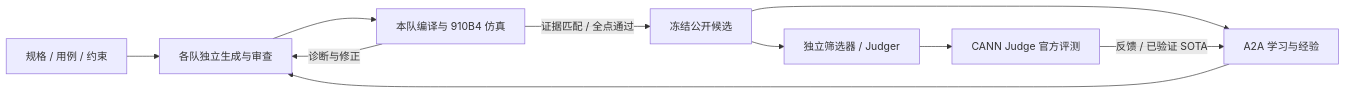
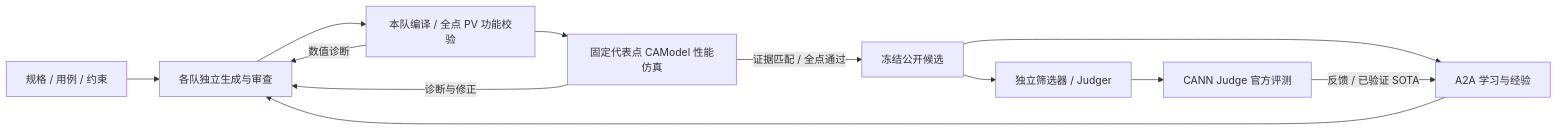
One commit to wuooo339/JustKernel changed the diagram in README.md. Above: the diagram before and after it, drawn with Mermaid. The commit also changed other lines of this file and 18 other files, not shown here.

````diff
--- a/README.md
+++ b/README.md
@@ -107,12 +107,14 @@
 ```mermaid
 flowchart LR
     S[规格 / 用例 / 约束] --> T[各队独立生成与审查]
-    T --> V[本队编译与 910B4 仿真]
+    T --> F[本队编译 / 全点 PV 功能校验]
+    F --> V[固定代表点 CAModel 性能仿真]
+    F -->|数值诊断| T
     V -->|诊断与修正| T
     V -->|证据匹配 / 全点通过| P[冻结公开候选]
     P --> A[A2A 学习与经验]
     A --> T
     P --> J[独立筛选器 / Judger]
     J --> O[CANN Judge 官方评测]
     O -->|反馈 / 已验证 SOTA| A
 ```
````
